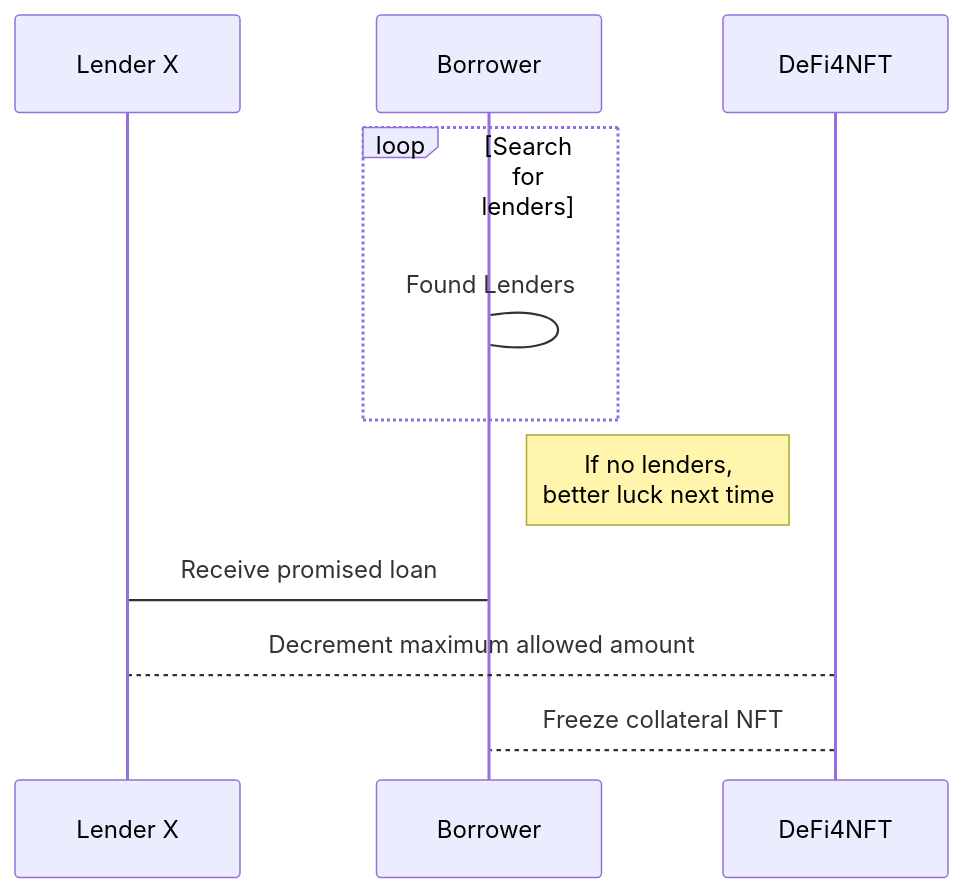
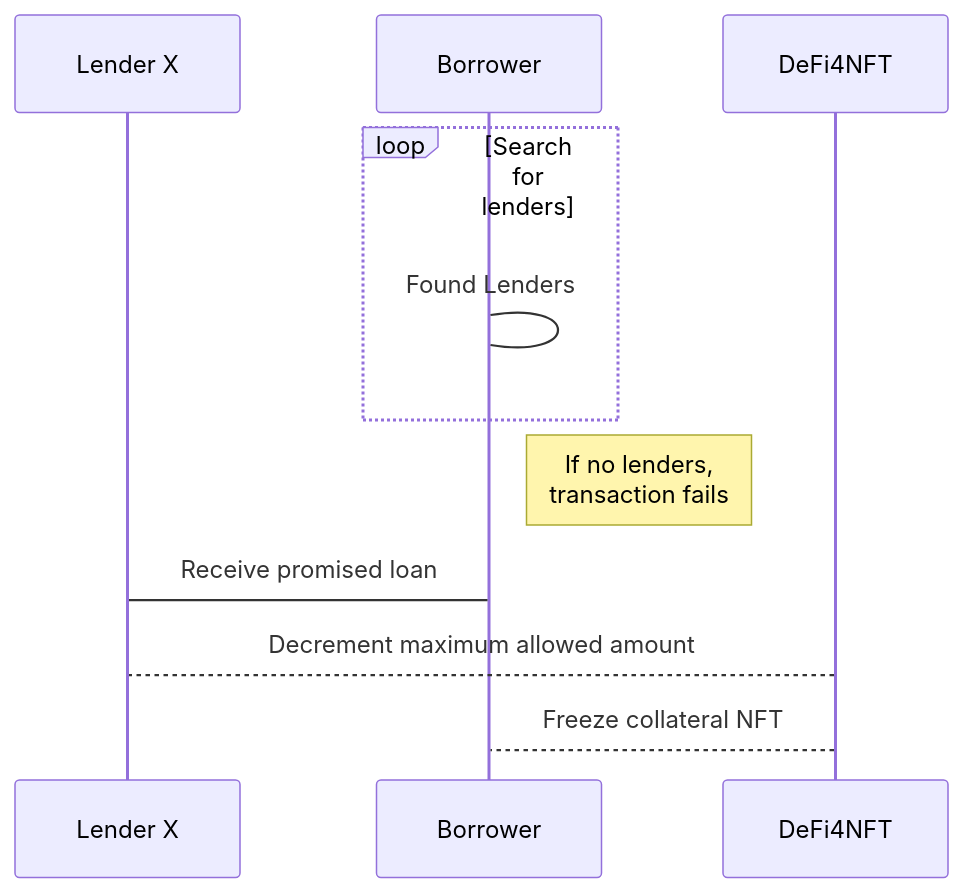
One commit to Adg0/DeFi4NFT changed the second of 2 diagrams in docs/technical_review.md. Above: the diagram before and after it, drawn with Mermaid. The commit also changed other lines of this file and 5 other files, not shown here.

````diff
--- a/docs/technical_review.md
+++ b/docs/technical_review.md
@@ -62,12 +61,12 @@
 ```{mermaid}
 sequenceDiagram
   participant Lender X
   participant Borrower
   loop Search for lenders
       Borrower->Borrower: Found Lenders
   end
-  Note right of Borrower: If no lenders, <br/>better luck next time
+  Note right of Borrower: If no lenders, <br/>transaction fails
   Lender X->Borrower: Receive promised loan
   DeFi4NFT-->Lender X: Decrement maximum allowed amount
   DeFi4NFT-->Borrower: Freeze collateral NFT
 ```
````
